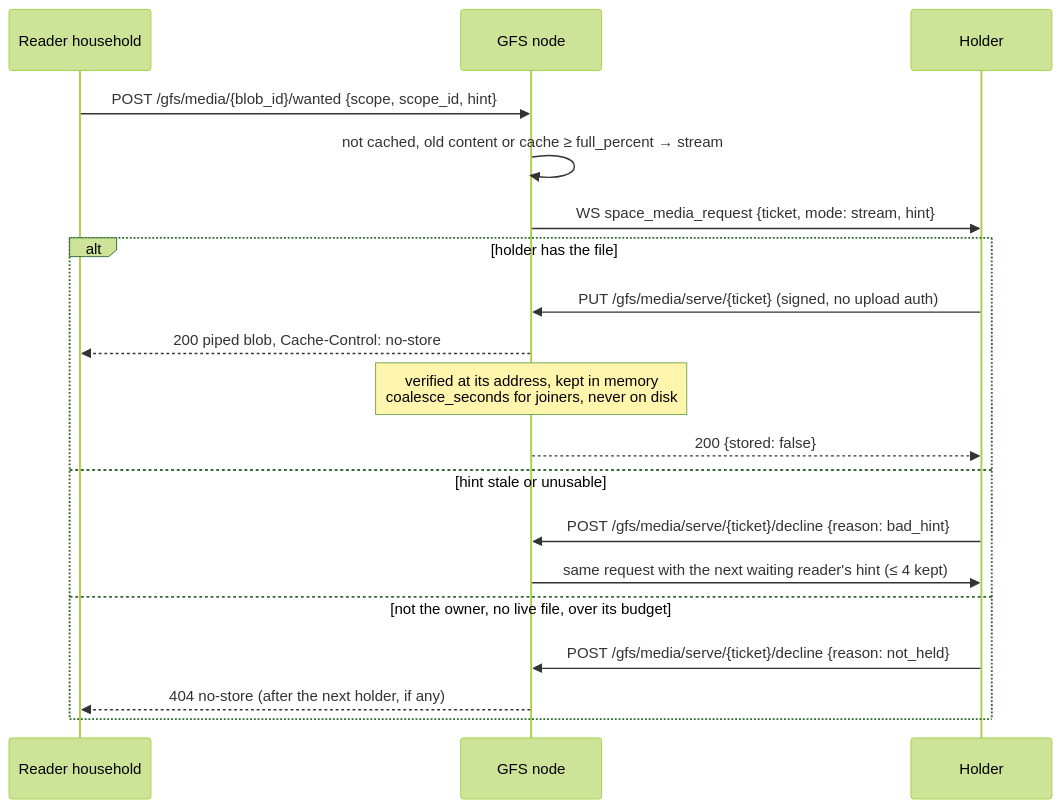
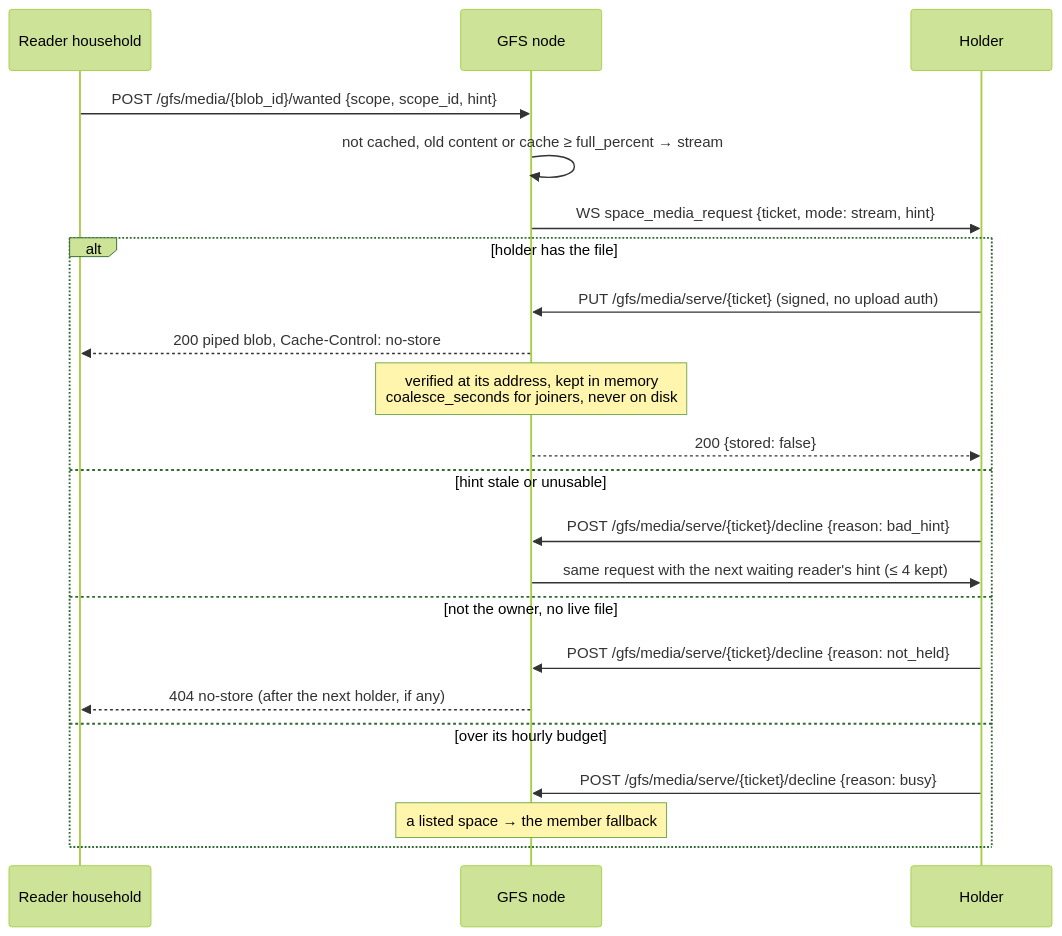
Before and after one commit to social-home-io/socialhome: the fourth of 5 diagrams in docs/protocol/media.md, drawn with Mermaid (forest theme). The commit also changed other lines of this file and 28 other files, not shown here.

First line of the commit message:
Space pictures come back from a member when the host is offline

````diff
--- a/docs/protocol/media.md
+++ b/docs/protocol/media.md
@@ -761,21 +762,24 @@
 ```mermaid
 sequenceDiagram
     participant R as Reader household
     participant G as GFS node
     participant H as Holder
     R->>G: POST /gfs/media/{blob_id}/wanted {scope, scope_id, hint}
     G->>G: not cached, old content or cache ≥ full_percent → stream
     G->>H: WS space_media_request {ticket, mode: stream, hint}
     alt holder has the file
         H->>G: PUT /gfs/media/serve/{ticket} (signed, no upload auth)
         G-->>R: 200 piped blob, Cache-Control: no-store
         Note over G: verified at its address, kept in memory<br/>coalesce_seconds for joiners, never on disk
         G-->>H: 200 {stored: false}
     else hint stale or unusable
         H->>G: POST /gfs/media/serve/{ticket}/decline {reason: bad_hint}
         G->>H: same request with the next waiting reader's hint (≤ 4 kept)
-    else not the owner, no live file, over its budget
+    else not the owner, no live file
         H->>G: POST /gfs/media/serve/{ticket}/decline {reason: not_held}
         G-->>R: 404 no-store (after the next holder, if any)
+    else over its hourly budget
+        H->>G: POST /gfs/media/serve/{ticket}/decline {reason: busy}
+        Note over G: a listed space → the member fallback
     end
 ```
````
